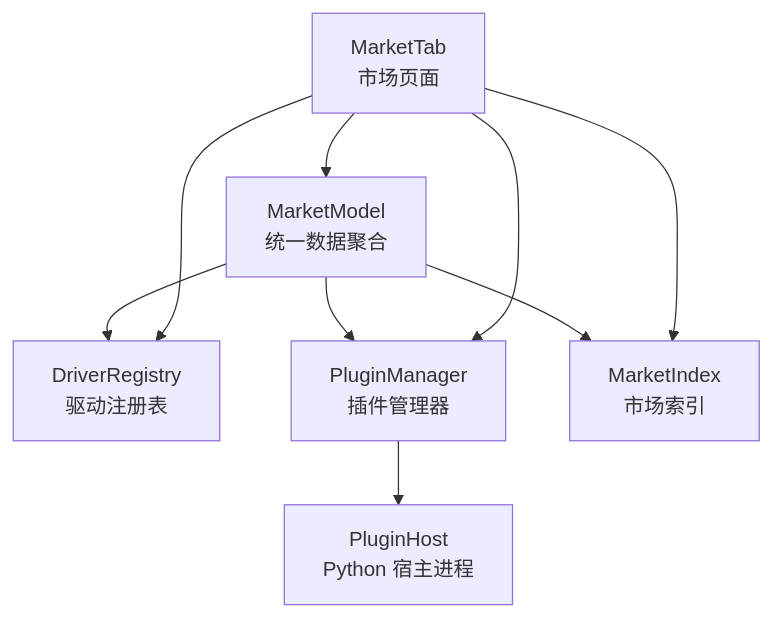
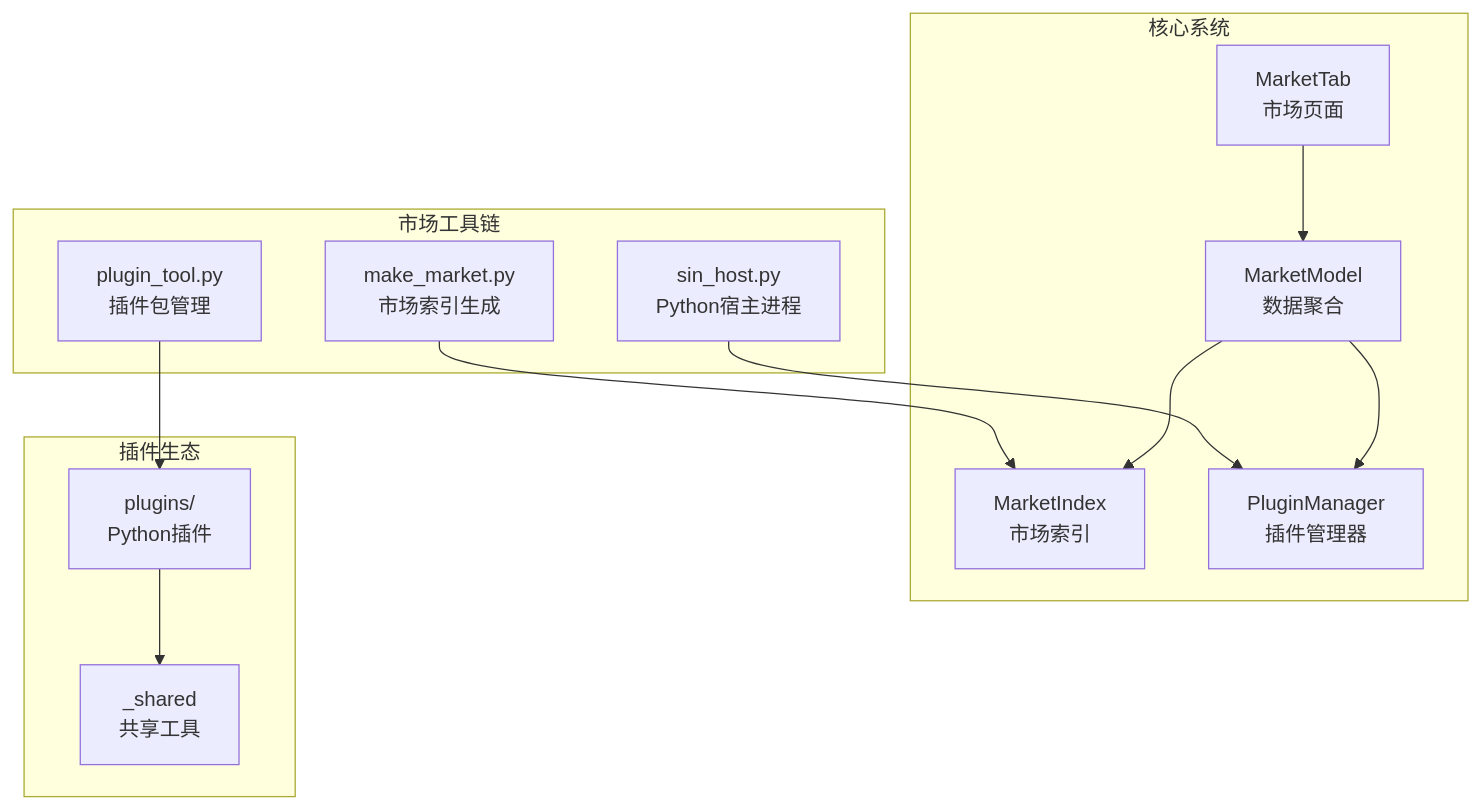
The first of 6 diagrams in .qoder/repowiki/zh/content/架构设计/插件系统架构/插件市场系统.md (jakecai1225-design/OpenBus), drawn with Mermaid before and after one commit. The commit also changed other lines of this file and 151 other files, not shown here.

````diff
--- a/.qoder/repowiki/zh/content/架构设计/插件系统架构/插件市场系统.md
+++ b/.qoder/repowiki/zh/content/架构设计/插件系统架构/插件市场系统.md
@@ -58,11 +49,25 @@
 ```mermaid
 graph TB
-UI["MarketTab<br/>市场页面"] --> MM["MarketModel<br/>统一数据聚合"]
-MM --> DR["DriverRegistry<br/>驱动注册表"]
-MM --> PM["PluginManager<br/>插件管理器"]
-MM --> MI["MarketIndex<br/>市场索引"]
-PM --> PH["PluginHost<br/>Python 宿主进程"]
-UI --> PM
-UI --> DR
-UI --> MI
+subgraph "市场工具链"
+MMK["make_market.py<br/>市场索引生成"]
+PTOOL["plugin_tool.py<br/>插件包管理"]
+SHOST["sin_host.py<br/>Python宿主进程"]
+end
+subgraph "核心系统"
+UI["MarketTab<br/>市场页面"]
+MODEL["MarketModel<br/>数据聚合"]
+INDEX["MarketIndex<br/>市场索引"]
+PMGR["PluginManager<br/>插件管理器"]
+end
+subgraph "插件生态"
+PLUGINS["plugins/<name><br/>Python插件"]
+SHARED["_shared<br/>共享工具"]
+end
+MMK --> INDEX
+PTOOL --> PLUGINS
+SHOST --> PMGR
+UI --> MODEL
+MODEL --> INDEX
+MODEL --> PMGR
+PLUGINS --> SHARED
 ```
````
